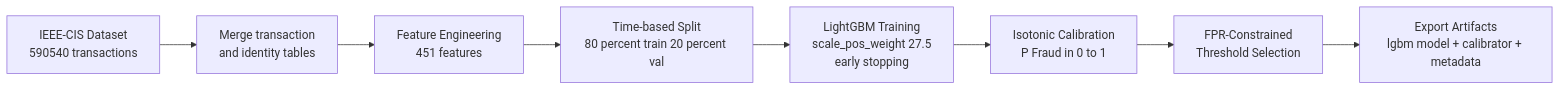
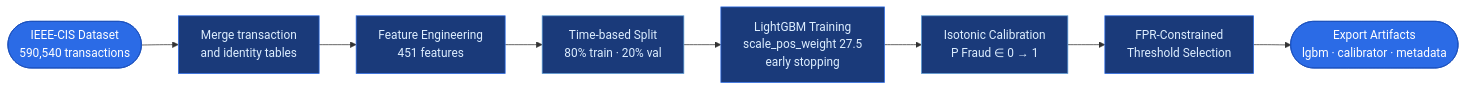
One commit to IshanGain/razorpay-ai-risk-manager changed the fourth of 4 diagrams in README.md. Above: the diagram before and after it, drawn with Mermaid. The commit also changed other lines of this file, not shown here.

````diff
--- a/README.md
+++ b/README.md
@@ -376,10 +414,19 @@
 ```mermaid
 flowchart LR
-    A[IEEE-CIS Dataset\n590540 transactions] --> B[Merge transaction\nand identity tables]
+    A([IEEE-CIS Dataset\n590,540 transactions]) --> B[Merge transaction\nand identity tables]
     B --> C[Feature Engineering\n451 features]
-    C --> D[Time-based Split\n80 percent train 20 percent val]
+    C --> D[Time-based Split\n80% train · 20% val]
     D --> E[LightGBM Training\nscale_pos_weight 27.5\nearly stopping]
-    E --> F[Isotonic Calibration\nP Fraud in 0 to 1]
+    E --> F[Isotonic Calibration\nP Fraud ∈ 0 → 1]
     F --> G[FPR-Constrained\nThreshold Selection]
-    G --> H[Export Artifacts\nlgbm model + calibrator + metadata]
+    G --> H([Export Artifacts\nlgbm · calibrator · metadata])
+
+    style A fill:#2B6BE6,stroke:#1a4fbb,color:#ffffff
+    style B fill:#1a3a7a,stroke:#2B6BE6,color:#ddeeff
+    style C fill:#1a3a7a,stroke:#2B6BE6,color:#ddeeff
+    style D fill:#1a3a7a,stroke:#5B9BD5,color:#ddeeff
+    style E fill:#1a3a7a,stroke:#2B6BE6,color:#ddeeff
+    style F fill:#1a3a7a,stroke:#5B9BD5,color:#ddeeff
+    style G fill:#1a3a7a,stroke:#2B6BE6,color:#ddeeff
+    style H fill:#2B6BE6,stroke:#1a4fbb,color:#ffffff
 ```
````
